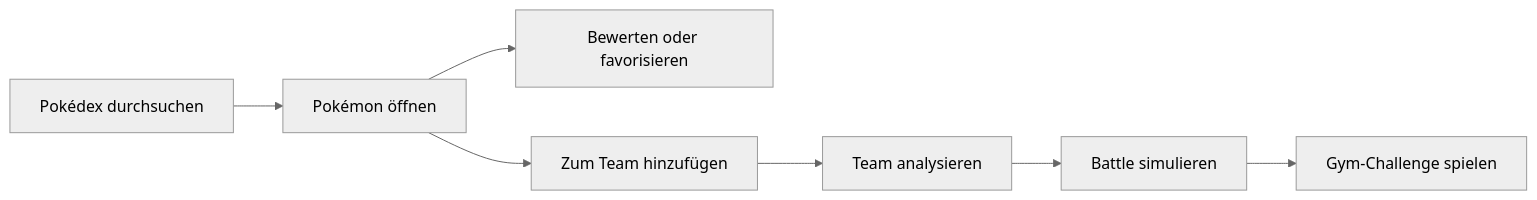
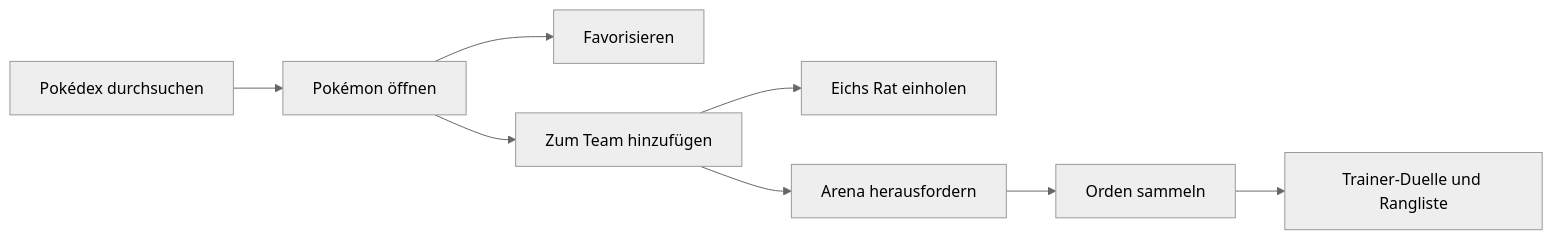
One commit to FriggemannMichael/pokedexnew changed the diagram in README.md. Above: the diagram before and after it, drawn with Mermaid (neutral theme). The commit also changed other lines of this file and 11 other files, not shown here.

````diff
--- a/README.md
+++ b/README.md
@@ -105,9 +99,10 @@
 ```mermaid
 flowchart LR
   A[Pokédex durchsuchen] --> B[Pokémon öffnen]
-  B --> C[Bewerten oder favorisieren]
+  B --> C[Favorisieren]
   B --> D[Zum Team hinzufügen]
-  D --> E[Team analysieren]
-  E --> F[Battle simulieren]
-  F --> G[Gym-Challenge spielen]
+  D --> E[Eichs Rat einholen]
+  D --> F[Arena herausfordern]
+  F --> G[Orden sammeln]
+  G --> H[Trainer-Duelle und Rangliste]
 ```
````
